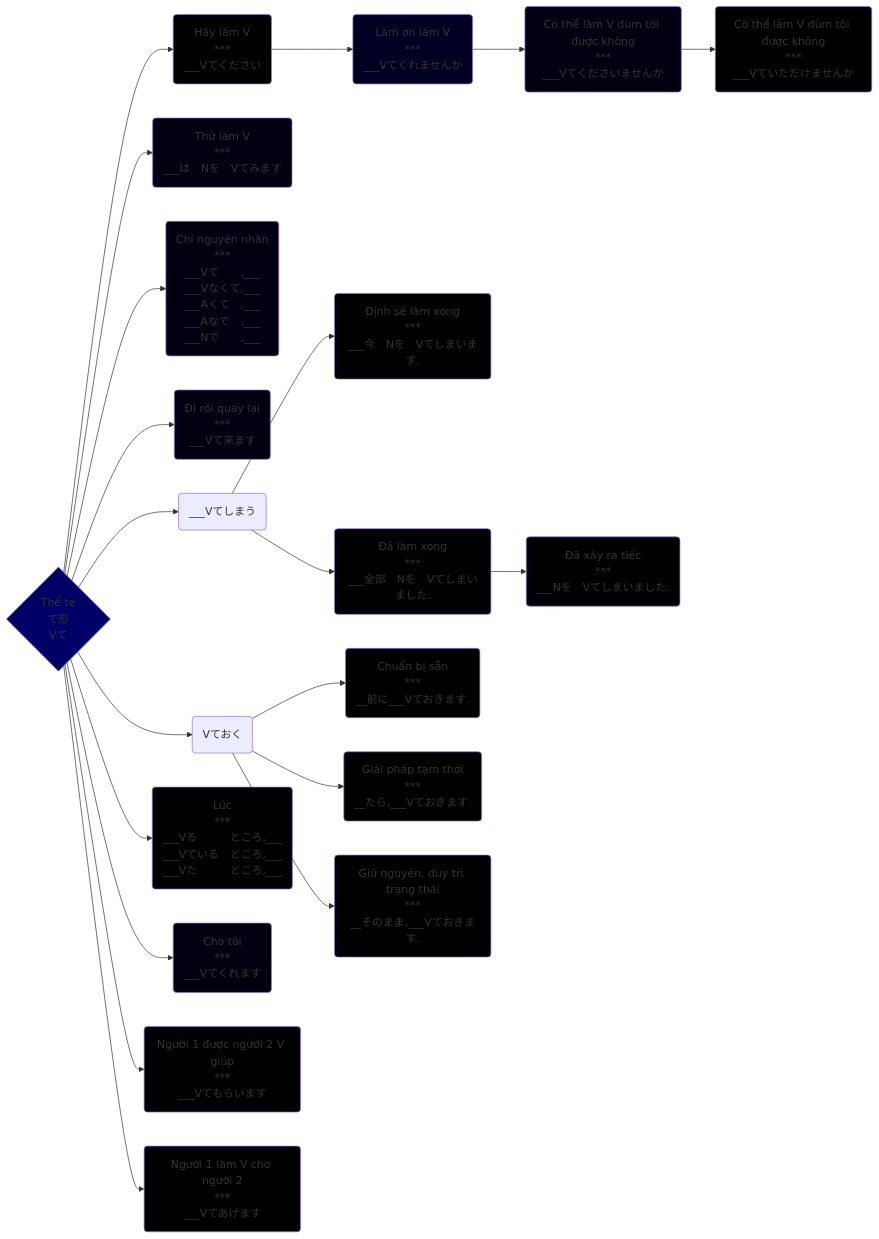
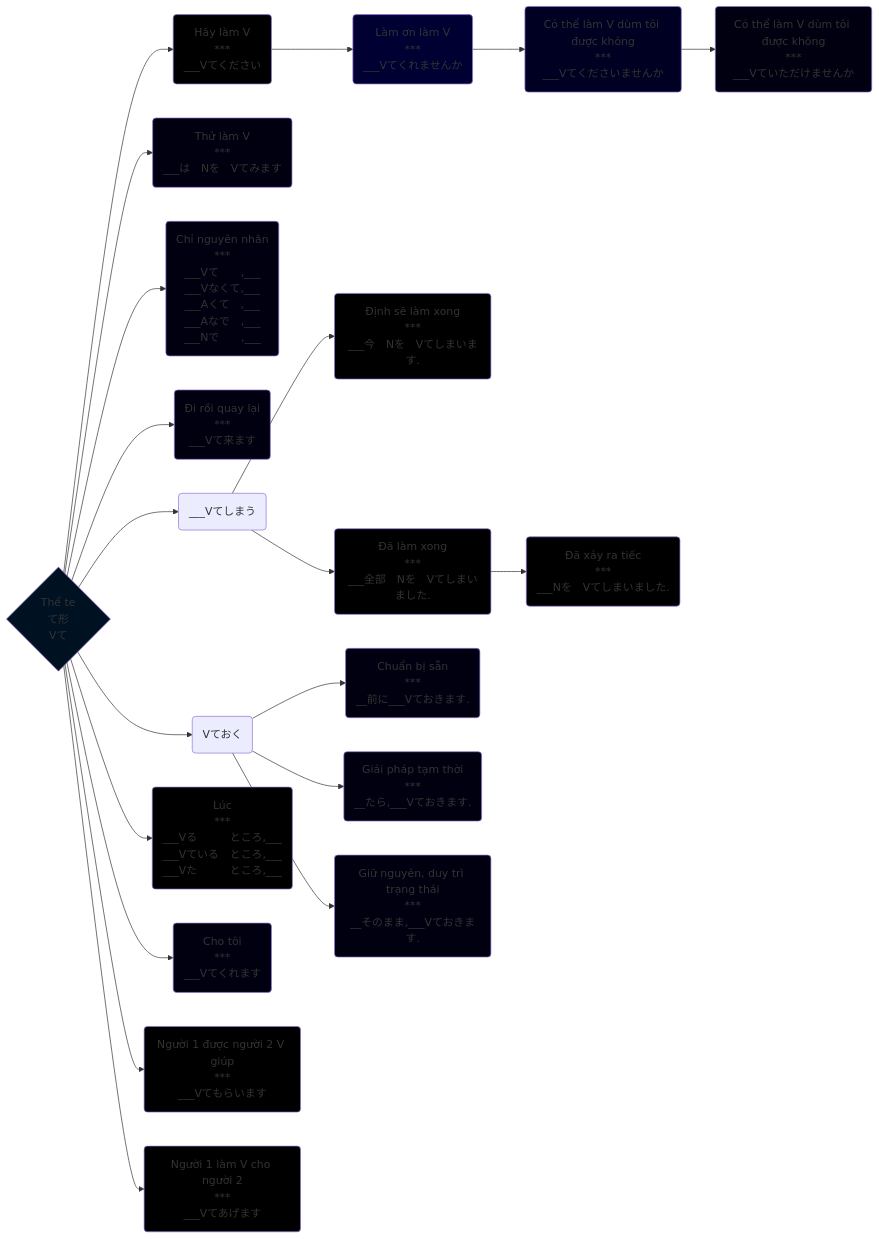
Before and after one commit to tea1504/learn: the diagram in The/て形.md, drawn with Mermaid. The commit also changed 14 other files, not shown here.

````diff
--- a/The/て形.md
+++ b/The/て形.md
@@ -2,43 +2,43 @@
 ```mermaid
 graph LR;
     V{Thể te\nて形\nVて}
 
     V-->hayLamV(Hãy làm V\n***\n___Vてください)
     hayLamV-->lamOn(Làm ơn làm V\n***\n___Vてくれませんか)
     lamOn-->coThemLamVGiupToiDuocKhong1(Có thể làm V dùm tôi được không\n***\n___Vてくださいませんか)
     coThemLamVGiupToiDuocKhong1-->coThemLamVGiupToiDuocKhong2(Có thể làm V dùm tôi được không\n***\n___Vていただけませんか)
     V-->thuLamV(Thử làm V\n***\n___は　Nを　Vてみます)
     V-->chiNguyenNhan(Chỉ nguyên nhân\n***\n___Vて　　,___\n___Vなくて,___\n___Aくて　,___\n___Aなで　,___\n___Nで　　,___)
     V-->diRoiQuayLai(Đi rồi quay lại\n***\n___Vて来ます)
     V-->simau(___Vてしまう)
     simau-->dinhSeLamXong(Định sẽ làm xong\n***\n___今　Nを　Vてしまいます.)
     simau-->daLamXong(Đã làm xong\n***\n___全部　Nを　Vてしまいました.)
     daLamXong-->daXayRa(Đã xảy ra tiếc\n***\n___Nを　Vてしまいました.)
     V-->oku(Vておく)
     oku-->chuanBiSan(Chuẩn bị sẵn\n***\n__前に___Vておきます.)
     oku-->giaiPhapTamThoi(Giải pháp tạm thời\n***\n__たら,___Vておきます.)
     oku-->giuNguyenDuyTriTrangThai(Giữ nguyên, duy trì trạng thái\n***\n__そのまま,___Vておきます.)
     V-->luc(Lúc\n***\n___Vる　　　ところ,___\n___Vている　ところ,___\n___Vた　　　ところ,___)
     V-->choToi(Cho tôi\n***\n___Vてくれます)
     V-->N1DuocN2VGiup(Người 1 được người 2 V giúp\n***\n___Vてもらいます)
     V-->N1LamVChoN2(Người 1 làm V cho người 2\n***\n___Vてあげます)
 
-    style V fill:#006
+    style V fill:#012
     style chiNguyenNhan fill:#001
     style choToi fill:#001
-    style chuanBiSan fill:#000
-    style coThemLamVGiupToiDuocKhong1 fill:#001
-    style coThemLamVGiupToiDuocKhong2 fill:#000
+    style chuanBiSan fill:#001
+    style coThemLamVGiupToiDuocKhong1 fill:#002
+    style coThemLamVGiupToiDuocKhong2 fill:#001
     style daLamXong fill:#000
     style daXayRa fill:#000
     style dinhSeLamXong fill:#000
     style diRoiQuayLai fill:#001
-    style giaiPhapTamThoi fill:#000
-    style giuNguyenDuyTriTrangThai fill:#000
+    style giaiPhapTamThoi fill:#001
+    style giuNguyenDuyTriTrangThai fill:#001
     style hayLamV fill:#000
-    style lamOn fill:#002
+    style lamOn fill:#003
     style luc fill:#000
     style N1DuocN2VGiup fill:#000
     style N1LamVChoN2 fill:#000
     style thuLamV fill:#001
 ```
````
